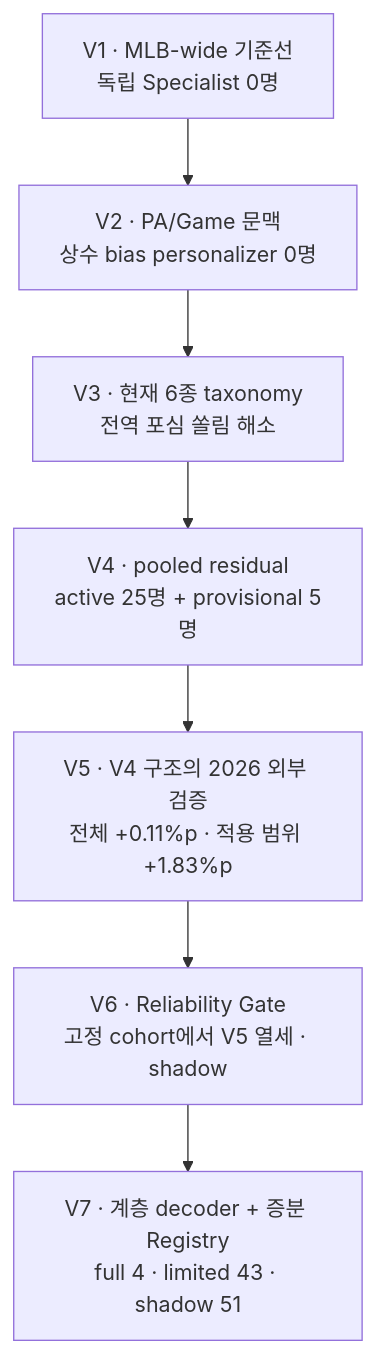
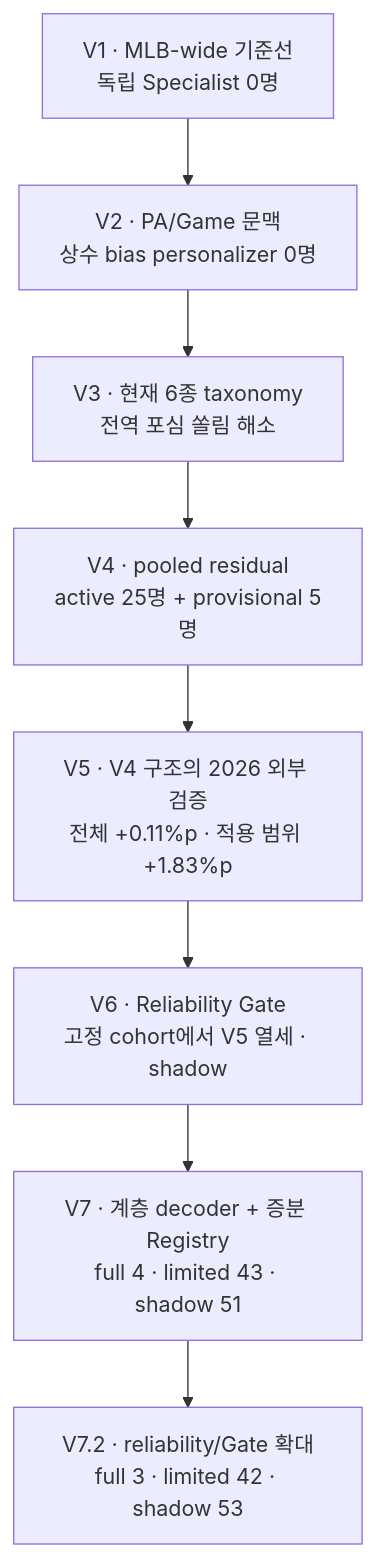
The first of 2 diagrams in reports/README.md (madcamp-official/OyarZabal), drawn with Mermaid before and after one commit. The commit also changed other lines of this file and 14 other files, not shown here.

````diff
--- a/reports/README.md
+++ b/reports/README.md
@@ -23,11 +24,12 @@
 ```mermaid
 flowchart TD
     V1["V1 · MLB-wide 기준선<br/>독립 Specialist 0명"]
     V2["V2 · PA/Game 문맥<br/>상수 bias personalizer 0명"]
     V3["V3 · 현재 6종 taxonomy<br/>전역 포심 쏠림 해소"]
     V4["V4 · pooled residual<br/>active 25명 + provisional 5명"]
     V5["V5 · V4 구조의 2026 외부 검증<br/>전체 +0.11%p · 적용 범위 +1.83%p"]
     V6["V6 · Reliability Gate<br/>고정 cohort에서 V5 열세 · shadow"]
     V7["V7 · 계층 decoder + 증분 Registry<br/>full 4 · limited 43 · shadow 51"]
-    V1 --> V2 --> V3 --> V4 --> V5 --> V6 --> V7
+    V72["V7.2 · reliability/Gate 확대<br/>full 3 · limited 42 · shadow 53"]
+    V1 --> V2 --> V3 --> V4 --> V5 --> V6 --> V7 --> V72
 ```
````
